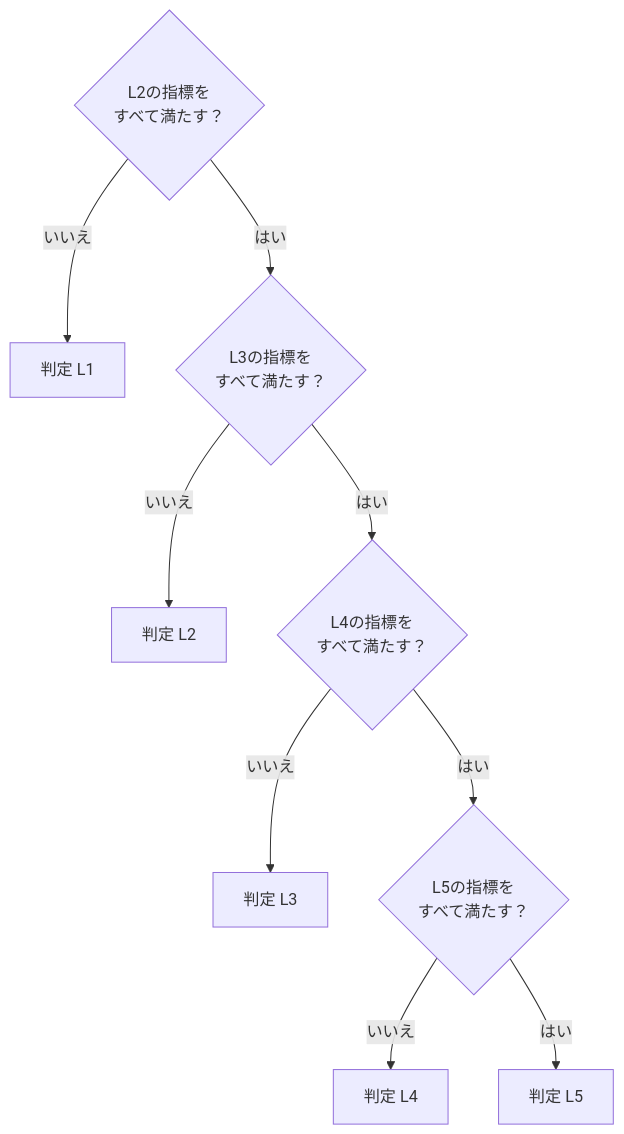
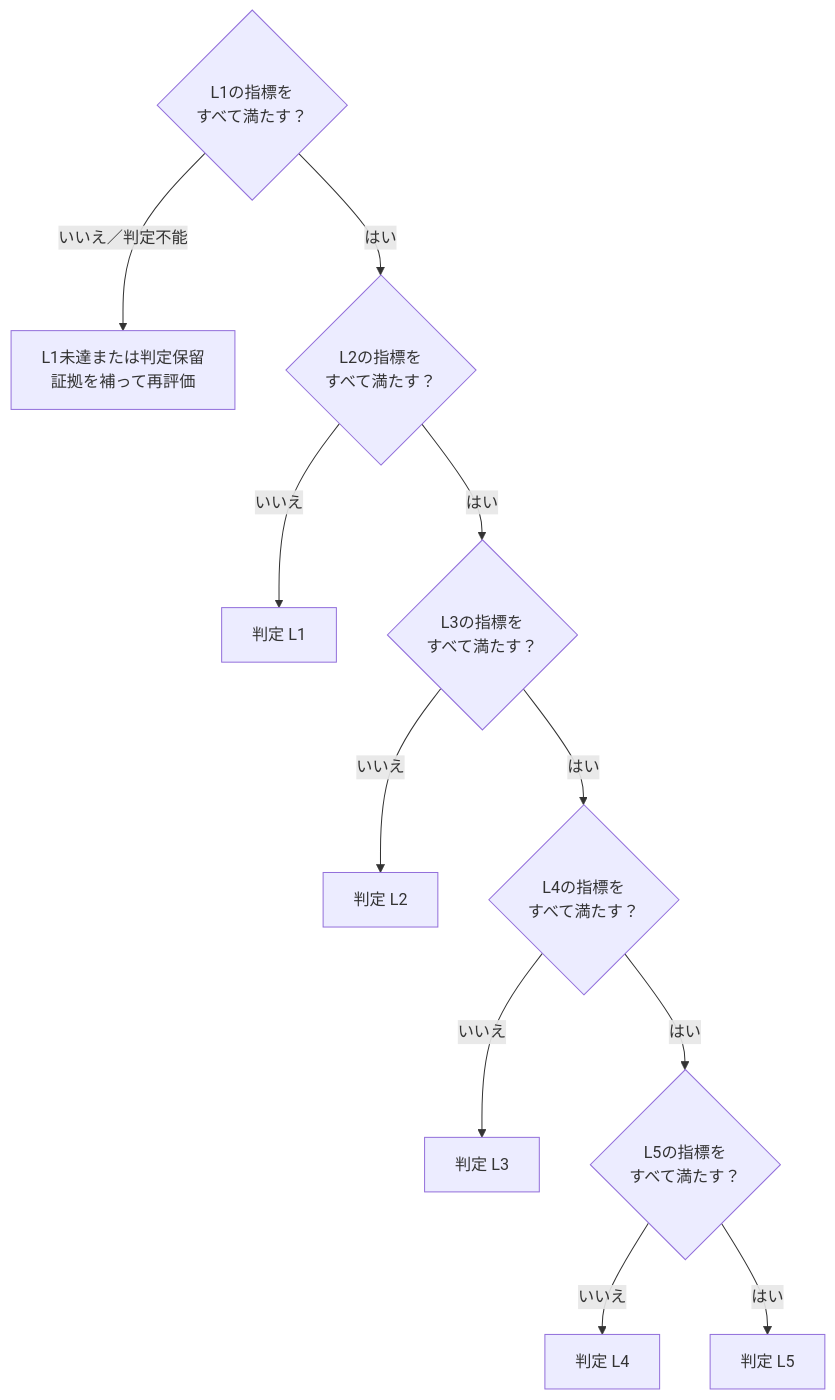
The seventh of 10 diagrams in Iso-iec-30186-guide.md (myoshi2891/Quality-Assurance-Studies), drawn with Mermaid before and after one commit.

Commit message:
docs(iso-30186): evaluate L1 indicators first and route unmet or indeterminate L1 to its own outcome

````diff
--- a/Iso-iec-30186-guide.md
+++ b/Iso-iec-30186-guide.md
@@ -308,11 +308,13 @@
 ```mermaid
 flowchart TB
-  J2{"L2の指標を<br/>すべて満たす？"} -->|いいえ| R1["判定 L1"]
+  J1{"L1の指標を<br/>すべて満たす？"} -->|いいえ／判定不能| R0["L1未達または判定保留<br/>証拠を補って再評価"]
+  J1 -->|はい| J2{"L2の指標を<br/>すべて満たす？"}
+  J2 -->|いいえ| R1["判定 L1"]
   J2 -->|はい| J3{"L3の指標を<br/>すべて満たす？"}
   J3 -->|いいえ| R2["判定 L2"]
   J3 -->|はい| J4{"L4の指標を<br/>すべて満たす？"}
   J4 -->|いいえ| R3["判定 L3"]
   J4 -->|はい| J5{"L5の指標を<br/>すべて満たす？"}
   J5 -->|いいえ| R4["判定 L4"]
   J5 -->|はい| R5["判定 L5"]
 ```
````
